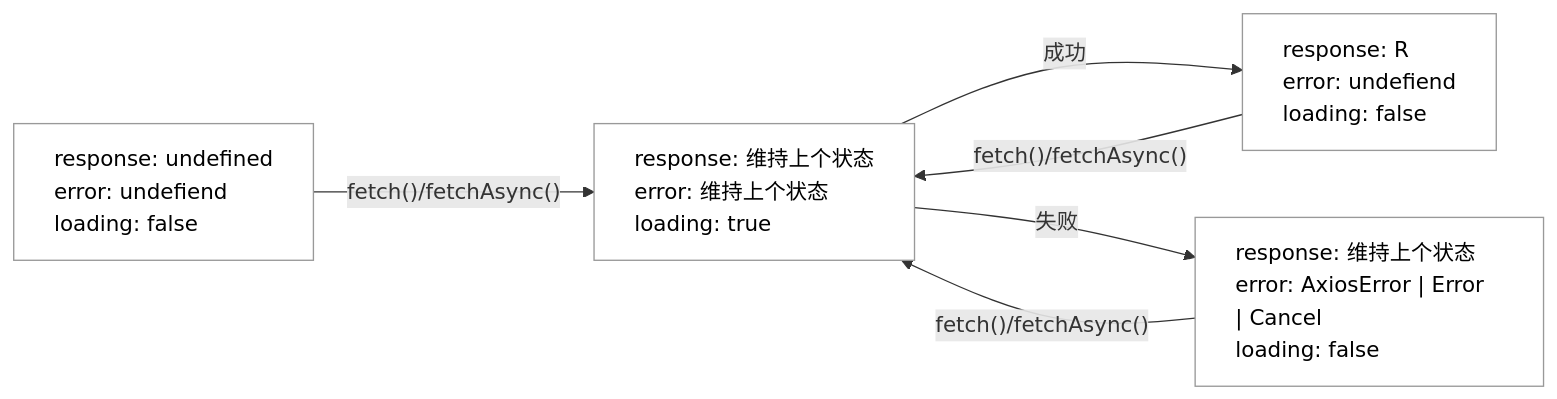
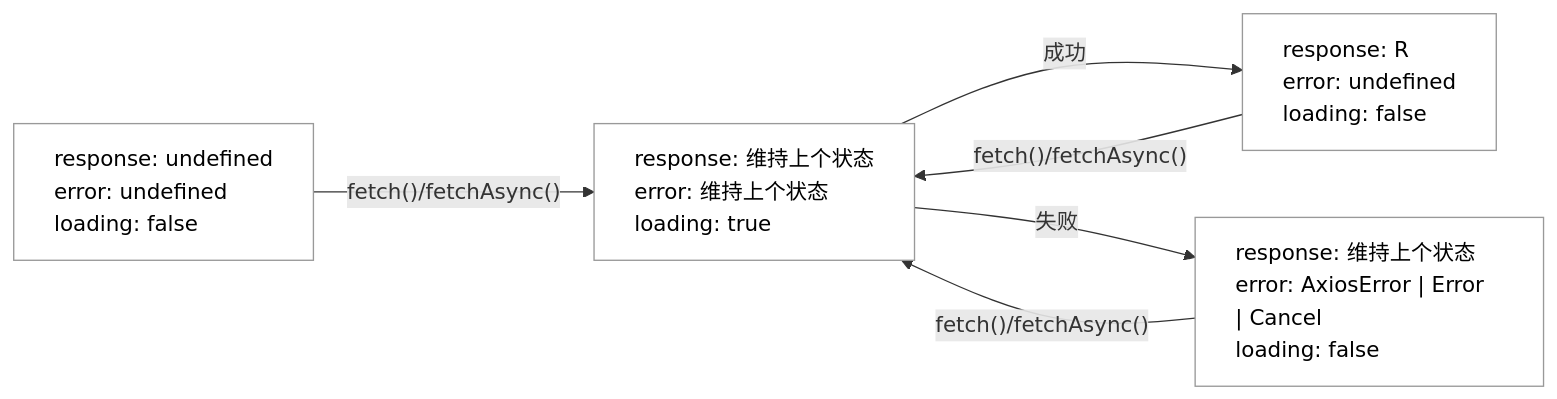
Before and after one commit to qiweipeng/useAxios: the diagram in README.md, drawn with Mermaid.

````diff
--- a/README.md
+++ b/README.md
@@ -156,11 +156,11 @@
 ``` mermaid
 flowchart LR
 
 classDef node text-align:left,fill:#fff,stroke:#999,color:#000;
 
-A[response: undefined<br>error: undefiend<br>loading: false] -->|"fetch()/fetchAsync()"| B[response: 维持上个状态<br>error: 维持上个状态<br>loading: true]
-B -->|成功| C["response: R<br>error: undefiend<br>loading: false"]
+A[response: undefined<br>error: undefined<br>loading: false] -->|"fetch()/fetchAsync()"| B[response: 维持上个状态<br>error: 维持上个状态<br>loading: true]
+B -->|成功| C["response: R<br>error: undefined<br>loading: false"]
 B -->|失败| D["response: 维持上个状态<br>error: AxiosError<unknown, D> | Error | Cancel<br>loading: false"]
 C --> |"fetch()/fetchAsync()"|B
 D --> |"fetch()/fetchAsync()"|B
 ```
````
